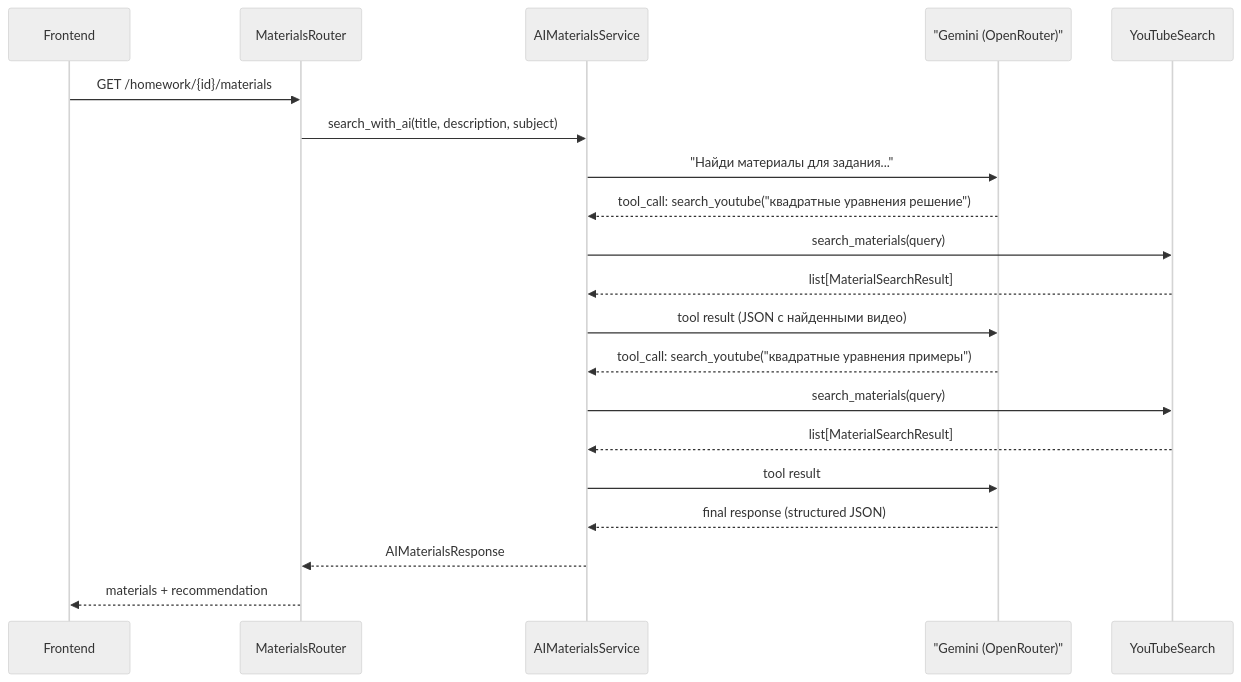
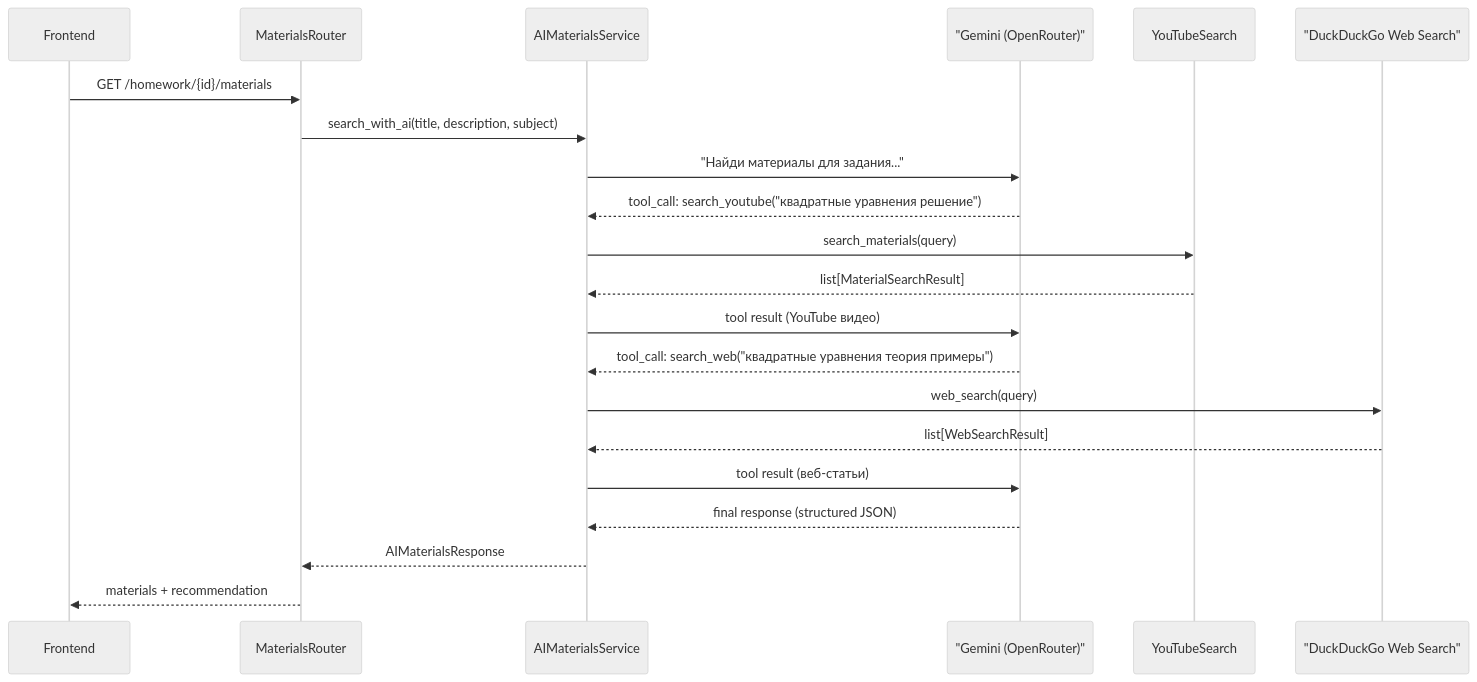
The diagram in .cursor/plans/ai_materials_search_gemini.plan.md (Yarik8706/smart-school-diary-hackathon), drawn with Mermaid (neutral theme) before and after one commit. The commit also changed other lines of this file, not shown here.

````diff
--- a/.cursor/plans/ai_materials_search_gemini.plan.md
+++ b/.cursor/plans/ai_materials_search_gemini.plan.md
@@ -71,23 +74,24 @@
 ```mermaid
 sequenceDiagram
     participant User as Frontend
     participant Router as MaterialsRouter
     participant AI as AIMaterialsService
     participant Gemini as "Gemini (OpenRouter)"
     participant YT as YouTubeSearch
+    participant DDG as "DuckDuckGo Web Search"
 
     User->>Router: GET /homework/{id}/materials
     Router->>AI: search_with_ai(title, description, subject)
     AI->>Gemini: "Найди материалы для задания..."
     Gemini-->>AI: tool_call: search_youtube("квадратные уравнения решение")
     AI->>YT: search_materials(query)
     YT-->>AI: list[MaterialSearchResult]
-    AI->>Gemini: tool result (JSON с найденными видео)
-    Gemini-->>AI: tool_call: search_youtube("квадратные уравнения примеры")
-    AI->>YT: search_materials(query)
-    YT-->>AI: list[MaterialSearchResult]
-    AI->>Gemini: tool result
+    AI->>Gemini: tool result (YouTube видео)
+    Gemini-->>AI: tool_call: search_web("квадратные уравнения теория примеры")
+    AI->>DDG: web_search(query)
+    DDG-->>AI: list[WebSearchResult]
+    AI->>Gemini: tool result (веб-статьи)
     Gemini-->>AI: final response (structured JSON)
     AI-->>Router: AIMaterialsResponse
     Router-->>User: materials + recommendation
 ```
````
